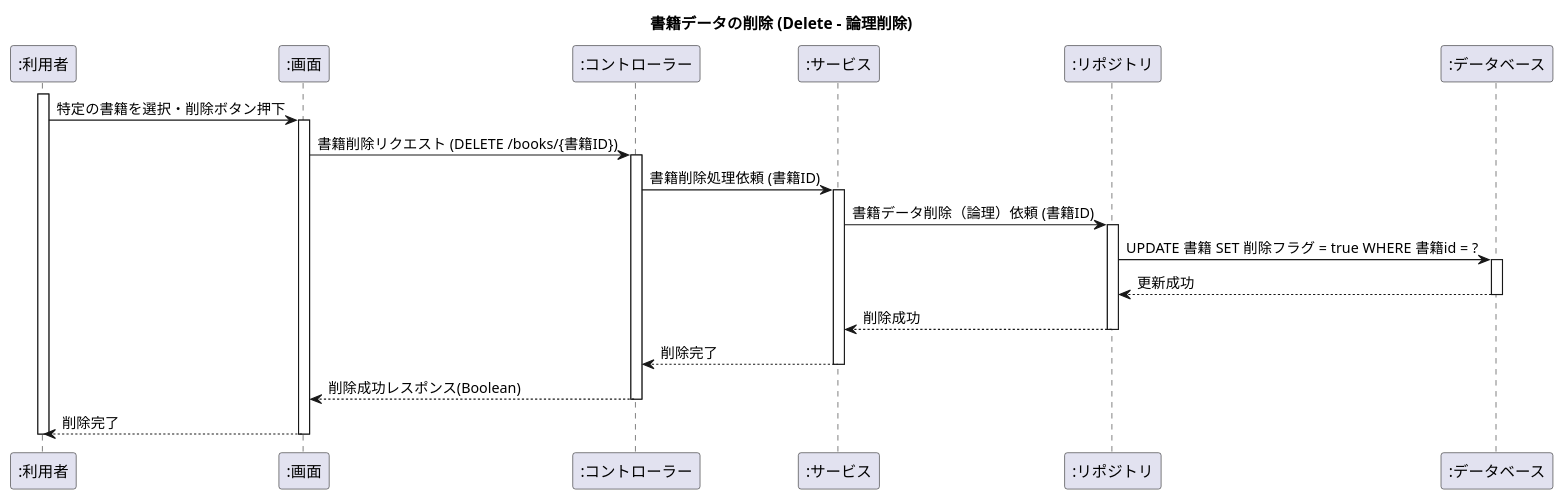
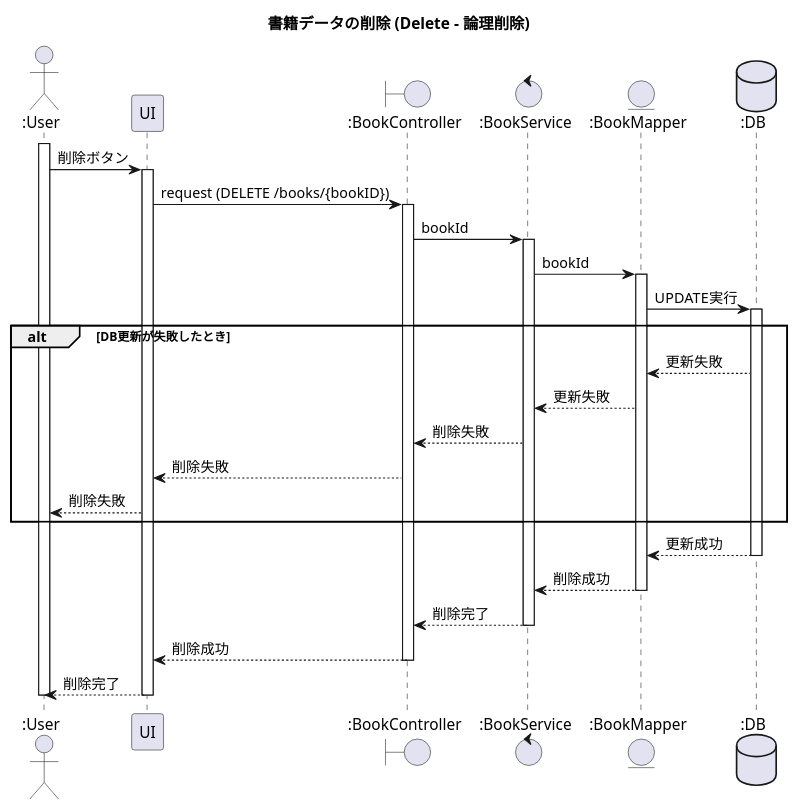
Before and after one commit to kien-ri/demo: the diagram in document/book/deleteBook.puml, drawn with PlantUML. The commit also changed 10 other files, not shown here.

```diff
--- a/document/book/deleteBook.puml
+++ b/document/book/deleteBook.puml
@@ -1,25 +1,32 @@
 @startuml deleteBook
 
 title 書籍データの削除 (Delete - 論理削除)
 
-participant ":利用者" as User
-participant ":画面" as UI
-participant ":コントローラー" as Controller
-participant ":サービス" as Service
-participant ":リポジトリ" as Repo
-participant ":データベース" as DB
+actor ":User" as User
+participant "UI" as UI
+boundary ":BookController" as BookController
+control ":BookService" as BookService
+entity ":BookMapper" as BookMapper
+database ":DB" as DB
 
 activate User
-User -> UI ++ : 特定の書籍を選択・削除ボタン押下
-UI -> Controller ++ : 書籍削除リクエスト (DELETE /books/{書籍ID})
-Controller -> Service ++ : 書籍削除処理依頼 (書籍ID)
-Service -> Repo ++ : 書籍データ削除（論理）依頼 (書籍ID)
-Repo -> DB ++ : UPDATE 書籍 SET 削除フラグ = true WHERE 書籍id = ?
-DB --> Repo -- : 更新成功
-Repo --> Service -- : 削除成功
-Service --> Controller -- : 削除完了
-Controller --> UI -- : 削除成功レスポンス(Boolean)
+User -> UI ++ : 削除ボタン
+UI -> BookController ++ : request (DELETE /books/{bookID})
+BookController -> BookService ++ : bookId
+BookService -> BookMapper ++ : bookId
+BookMapper -> DB ++ : UPDATE実行
+alt DB更新が失敗したとき
+    DB --> BookMapper : 更新失敗
+    BookMapper --> BookService : 更新失敗
+    BookService --> BookController : 削除失敗
+    BookController --> UI : 削除失敗
+    UI --> User : 削除失敗
+end
+DB --> BookMapper -- : 更新成功
+BookMapper --> BookService -- : 削除成功
+BookService --> BookController -- : 削除完了
+BookController --> UI -- : 削除成功
 UI --> User -- : 削除完了
 deactivate User
 
 @enduml
```
